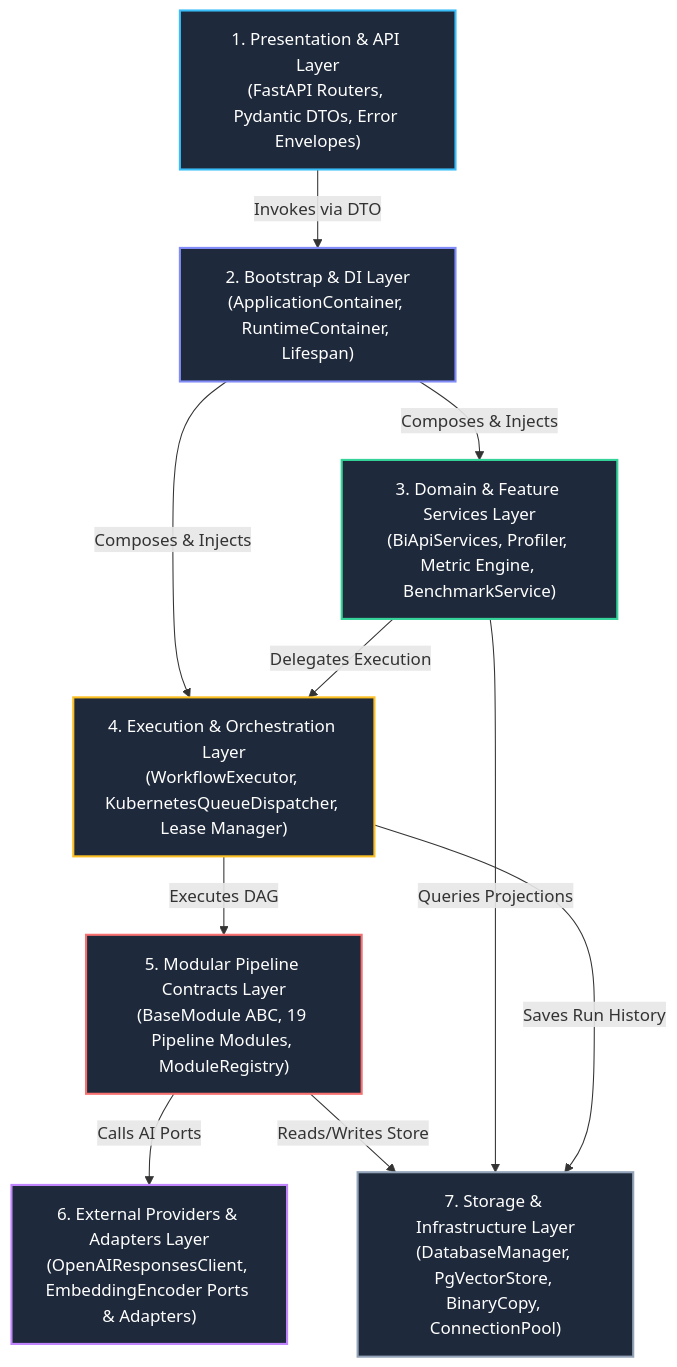
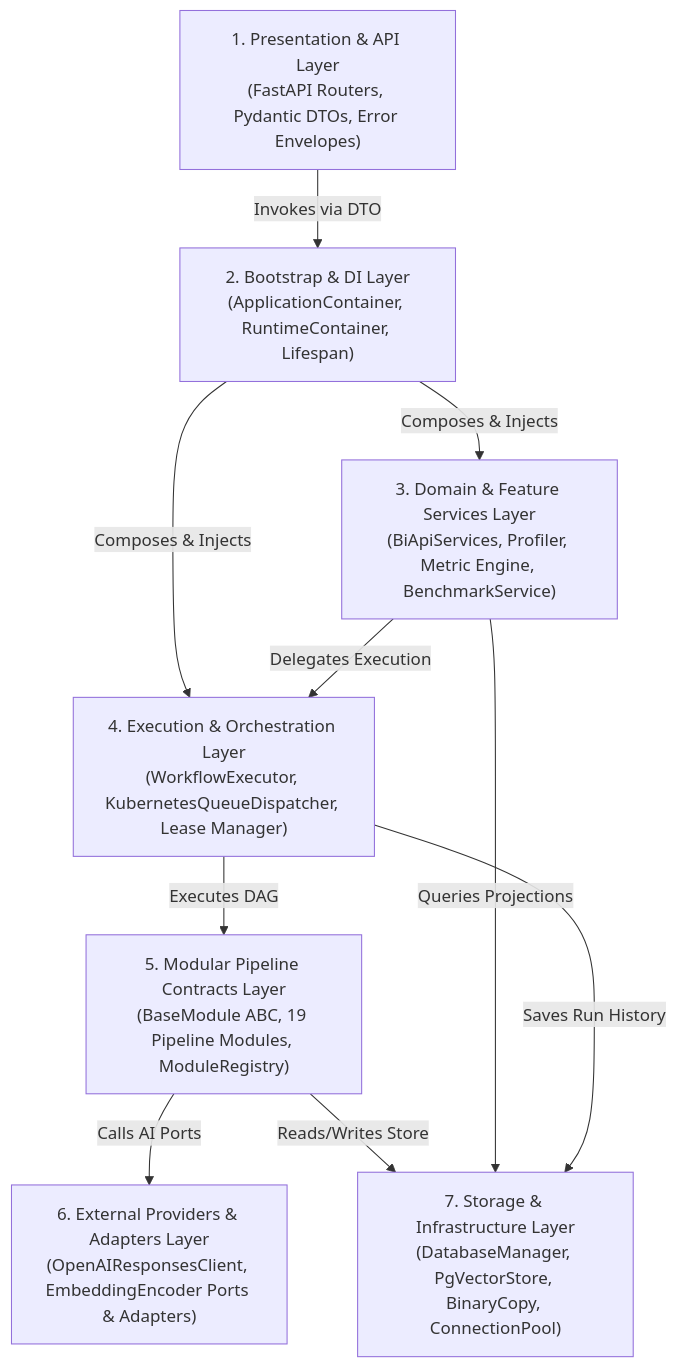
Before and after one commit to bist-mini-final/bist-mini-final: the first of 2 diagrams in docs/01_system_blueprints/BP-102_backend_layered_architecture.md, drawn with Mermaid. The commit also changed 1 other file, not shown here.

Commit message:
docs: standardize all Mermaid diagrams to clean uncolored default styling

````diff
--- a/docs/01_system_blueprints/BP-102_backend_layered_architecture.md
+++ b/docs/01_system_blueprints/BP-102_backend_layered_architecture.md
@@ -11,28 +11,20 @@
 ```mermaid
 graph TD
-    classDef layer1 fill:#1e293b,stroke:#38bdf8,stroke-width:2px,color:#fff;
-    classDef layer2 fill:#1e293b,stroke:#818cf8,stroke-width:2px,color:#fff;
-    classDef layer3 fill:#1e293b,stroke:#34d399,stroke-width:2px,color:#fff;
-    classDef layer4 fill:#1e293b,stroke:#fbbf24,stroke-width:2px,color:#fff;
-    classDef layer5 fill:#1e293b,stroke:#f87171,stroke-width:2px,color:#fff;
-    classDef layer6 fill:#1e293b,stroke:#c084fc,stroke-width:2px,color:#fff;
-    classDef layer7 fill:#1e293b,stroke:#94a3b8,stroke-width:2px,color:#fff;
-
-    L1["1. Presentation & API Layer<br>(FastAPI Routers, Pydantic DTOs, Error Envelopes)"]:::layer1
-    L2["2. Bootstrap & DI Layer<br>(ApplicationContainer, RuntimeContainer, Lifespan)"]:::layer2
-    L3["3. Domain & Feature Services Layer<br>(BiApiServices, Profiler, Metric Engine, BenchmarkService)"]:::layer3
-    L4["4. Execution & Orchestration Layer<br>(WorkflowExecutor, KubernetesQueueDispatcher, Lease Manager)"]:::layer4
-    L5["5. Modular Pipeline Contracts Layer<br>(BaseModule ABC, 19 Pipeline Modules, ModuleRegistry)"]:::layer5
-    L6["6. External Providers & Adapters Layer<br>(OpenAIResponsesClient, EmbeddingEncoder Ports & Adapters)"]:::layer6
-    L7["7. Storage & Infrastructure Layer<br>(DatabaseManager, PgVectorStore, BinaryCopy, ConnectionPool)"]:::layer7
+    L1["1. Presentation & API Layer<br>(FastAPI Routers, Pydantic DTOs, Error Envelopes)"]
+    L2["2. Bootstrap & DI Layer<br>(ApplicationContainer, RuntimeContainer, Lifespan)"]
+    L3["3. Domain & Feature Services Layer<br>(BiApiServices, Profiler, Metric Engine, BenchmarkService)"]
+    L4["4. Execution & Orchestration Layer<br>(WorkflowExecutor, KubernetesQueueDispatcher, Lease Manager)"]
+    L5["5. Modular Pipeline Contracts Layer<br>(BaseModule ABC, 19 Pipeline Modules, ModuleRegistry)"]
+    L6["6. External Providers & Adapters Layer<br>(OpenAIResponsesClient, EmbeddingEncoder Ports & Adapters)"]
+    L7["7. Storage & Infrastructure Layer<br>(DatabaseManager, PgVectorStore, BinaryCopy, ConnectionPool)"]
 
     L1 -->|Invokes via DTO| L2
     L2 -->|Composes & Injects| L3
     L2 -->|Composes & Injects| L4
     L3 -->|Delegates Execution| L4
     L4 -->|Executes DAG| L5
     L5 -->|Calls AI Ports| L6
     L5 -->|Reads/Writes Store| L7
     L3 -->|Queries Projections| L7
     L4 -->|Saves Run History| L7
 ```
````
